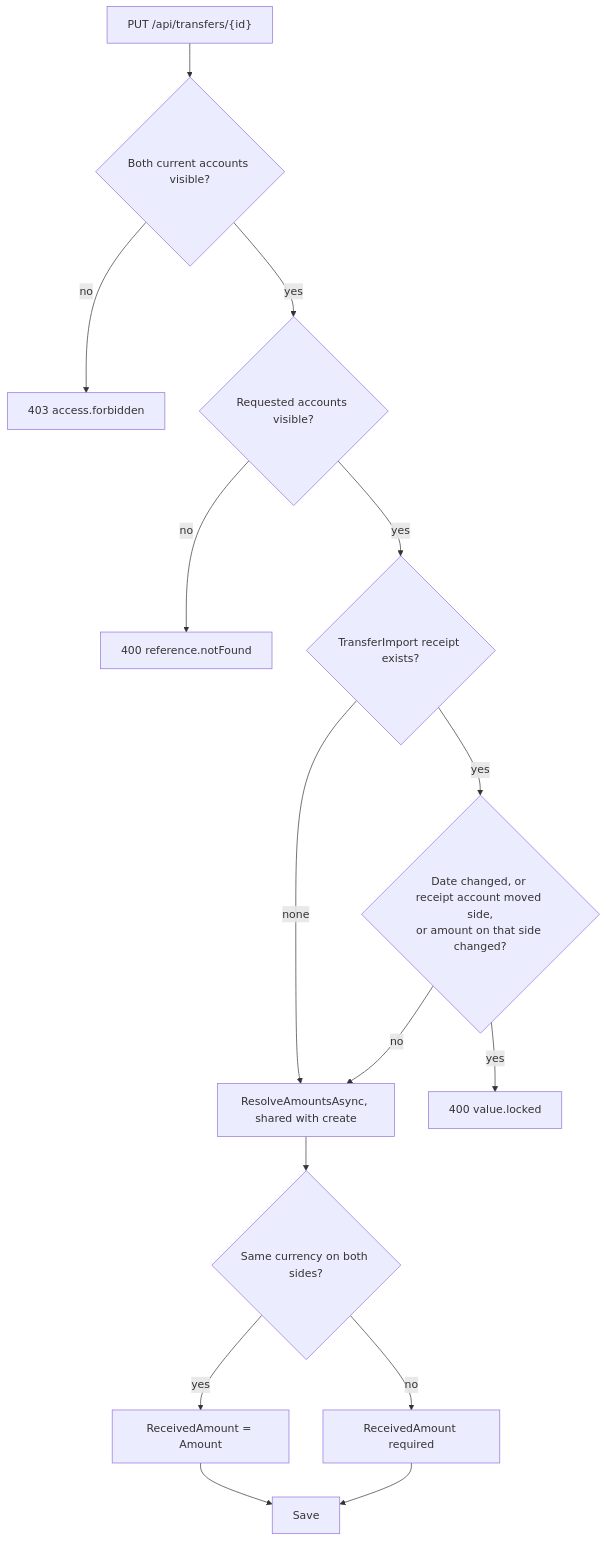
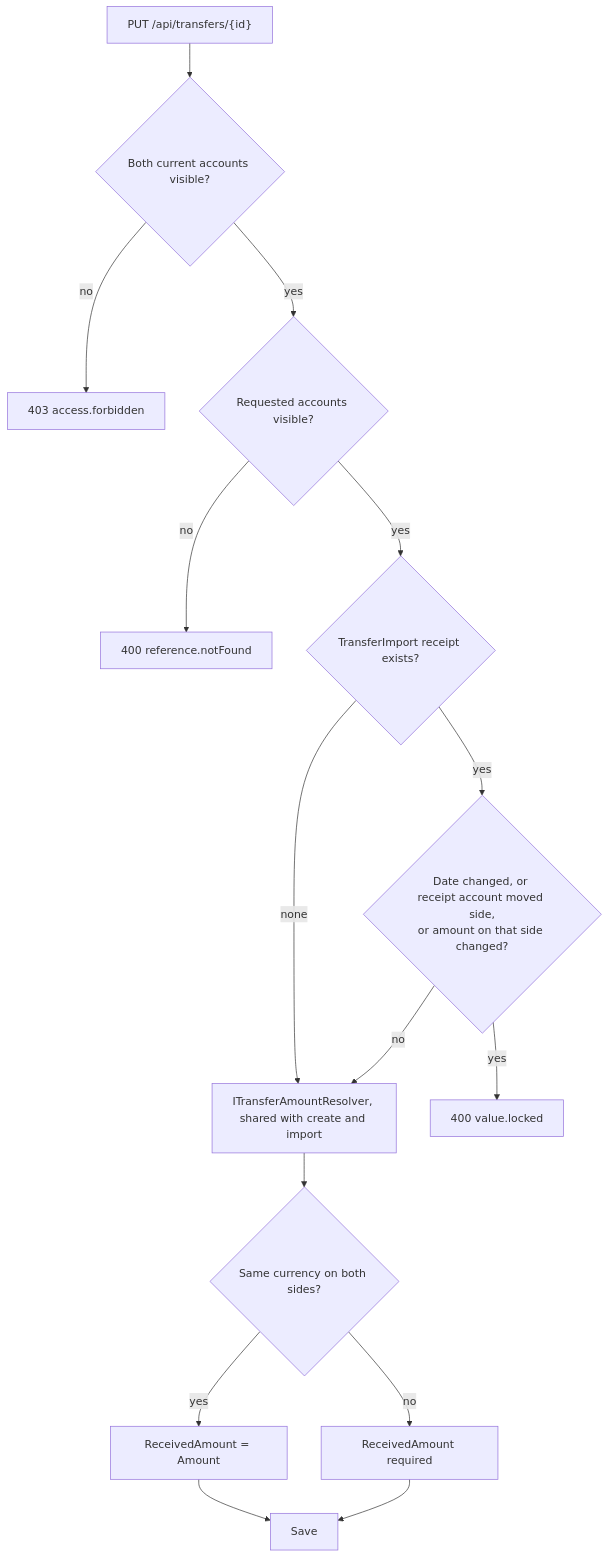
Before and after one commit to Justxs/Jx-Finance: the diagram in docs/features/08. Transfers.md, drawn with Mermaid. The commit also changed 23 other files, not shown here.

````diff
--- a/docs/features/08. Transfers.md
+++ b/docs/features/08. Transfers.md
@@ -7,17 +7,17 @@
 ```mermaid
 flowchart TD
     Put["PUT /api/transfers/{id}"] --> Both{"Both current accounts visible?"}
     Both -->|"no"| F403["403 access.forbidden"]
     Both -->|"yes"| Resolve{"Requested accounts visible?"}
     Resolve -->|"no"| F400["400 reference.notFound"]
     Resolve -->|"yes"| Receipt{"TransferImport receipt exists?"}
     Receipt -->|"none"| Amounts
     Receipt -->|"yes"| Locked{"Date changed, or receipt account moved side,<br/>or amount on that side changed?"}
     Locked -->|"yes"| VL["400 value.locked"]
-    Locked -->|"no"| Amounts["ResolveAmountsAsync, shared with create"]
+    Locked -->|"no"| Amounts["ITransferAmountResolver, shared with create and import"]
     Amounts --> Cur{"Same currency on both sides?"}
     Cur -->|"yes"| Equal["ReceivedAmount = Amount"]
     Cur -->|"no"| Need["ReceivedAmount required"]
     Equal --> Save["Save"]
     Need --> Save
 ```
````
